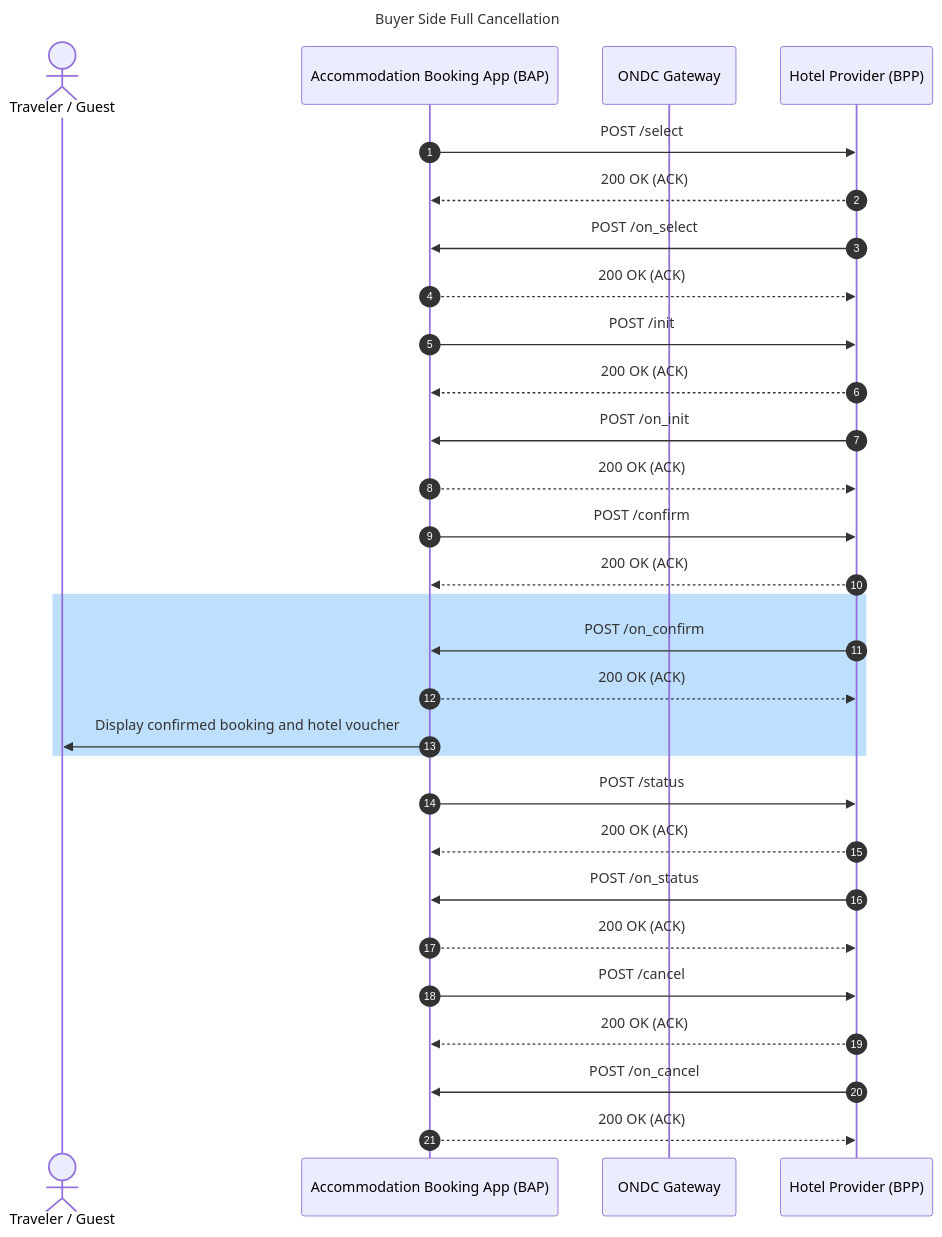
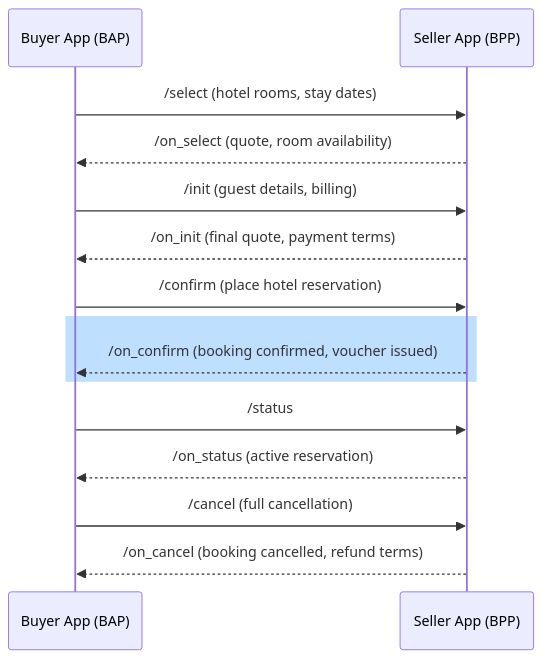
One commit to ONDC-Official/automation-specifications changed the sixth of 10 diagrams in config/docs/buyer-side-full-cancellation-sequence-diagrams.md. Above: the diagram before and after it, drawn with Mermaid. The commit also changed other lines of this file and 9 other files, not shown here.

````diff
--- a/config/docs/buyer-side-full-cancellation-sequence-diagrams.md
+++ b/config/docs/buyer-side-full-cancellation-sequence-diagrams.md
@@ -193,33 +112,17 @@
 ```mermaid
 sequenceDiagram
-    title Buyer Side Full Cancellation
-    autonumber
-    actor User as Traveler / Guest
-    participant BAP as Accommodation Booking App (BAP)
-    participant BG as ONDC Gateway
-    participant BPP as Hotel Provider (BPP)
-
-    BAP->>BPP: POST /select
-    BPP-->>BAP: 200 OK (ACK)
-    BPP->>BAP: POST /on_select
-    BAP-->>BPP: 200 OK (ACK)
-    BAP->>BPP: POST /init
-    BPP-->>BAP: 200 OK (ACK)
-    BPP->>BAP: POST /on_init
-    BAP-->>BPP: 200 OK (ACK)
-    BAP->>BPP: POST /confirm
-    BPP-->>BAP: 200 OK (ACK)
-    rect rgb(191, 223, 255)
-    BPP->>BAP: POST /on_confirm
-    BAP-->>BPP: 200 OK (ACK)
-    BAP->>User: Display confirmed booking and hotel voucher
-    end
-    BAP->>BPP: POST /status
-    BPP-->>BAP: 200 OK (ACK)
-    BPP->>BAP: POST /on_status
-    BAP-->>BPP: 200 OK (ACK)
-    BAP->>BPP: POST /cancel
-    BPP-->>BAP: 200 OK (ACK)
-    BPP->>BAP: POST /on_cancel
-    BAP-->>BPP: 200 OK (ACK)
+  participant Buyer App (BAP)
+  participant Seller App (BPP)
+  Buyer App (BAP)->>Seller App (BPP): /select (hotel rooms, stay dates)
+  Seller App (BPP)-->>Buyer App (BAP): /on_select (quote, room availability)
+  Buyer App (BAP)->>Seller App (BPP): /init (guest details, billing)
+  Seller App (BPP)-->>Buyer App (BAP): /on_init (final quote, payment terms)
+  Buyer App (BAP)->>Seller App (BPP): /confirm (place hotel reservation)
+  rect rgb(191, 223, 255)
+  Seller App (BPP)-->>Buyer App (BAP): /on_confirm (booking confirmed, voucher issued)
+  end
+  Buyer App (BAP)->>Seller App (BPP): /status
+  Seller App (BPP)-->>Buyer App (BAP): /on_status (active reservation)
+  Buyer App (BAP)->>Seller App (BPP): /cancel (full cancellation)
+  Seller App (BPP)-->>Buyer App (BAP): /on_cancel (booking cancelled, refund terms)
 ```
````
